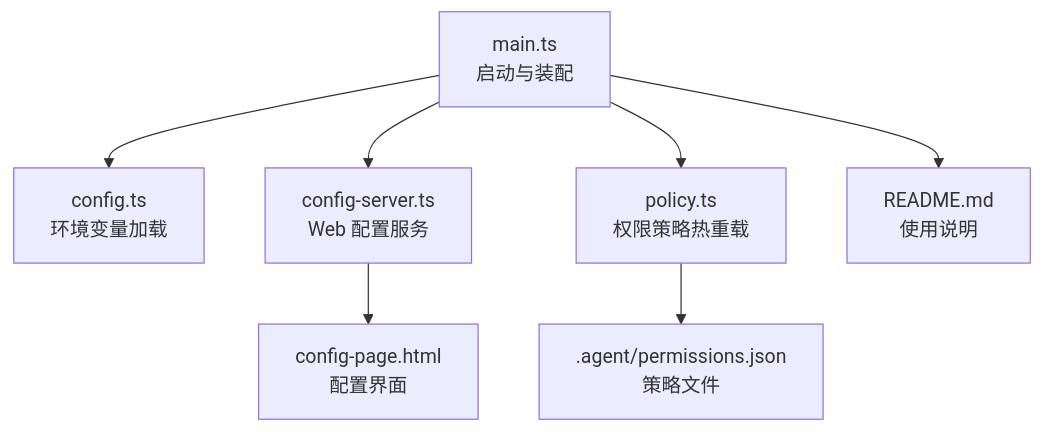
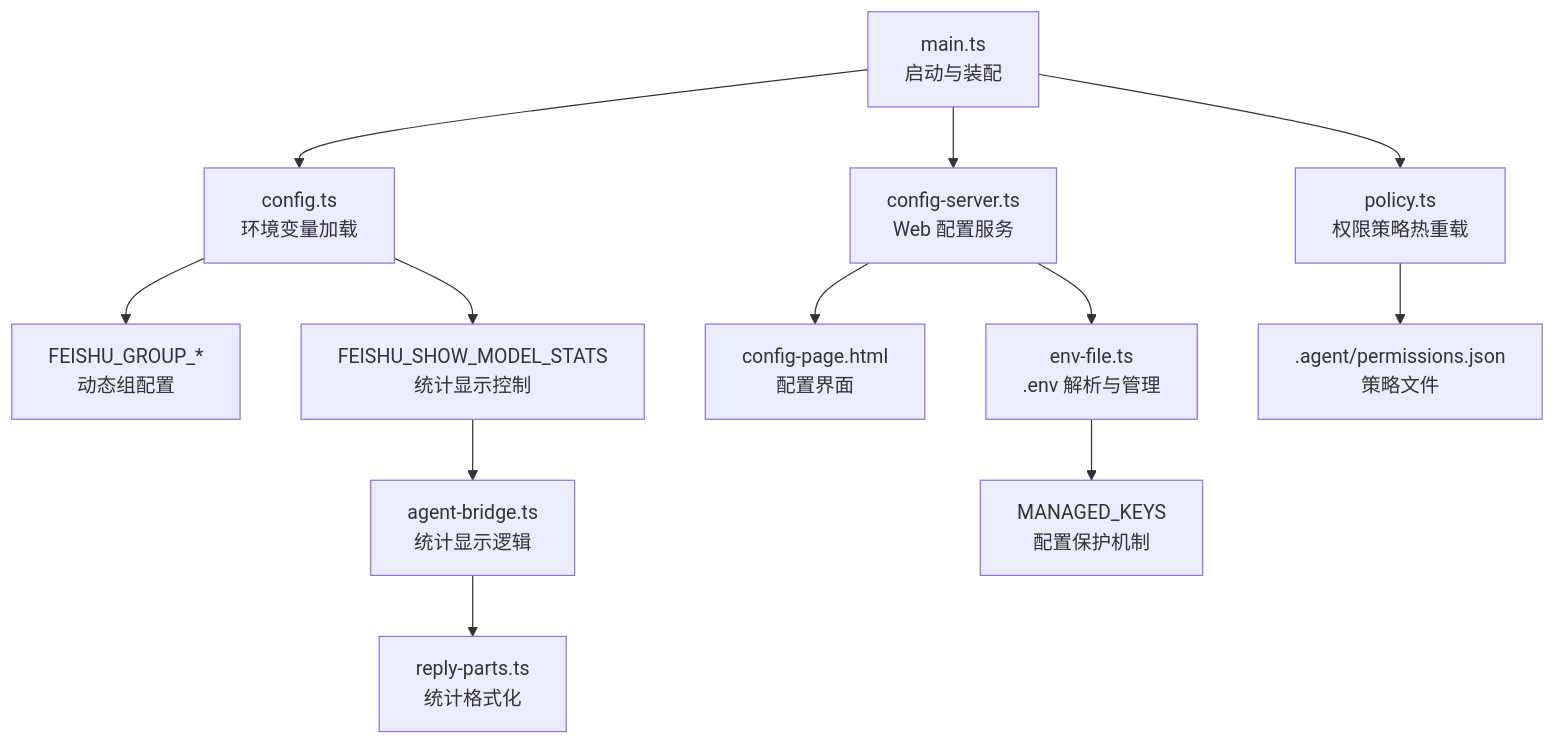
The first of 3 diagrams in .qoder/repowiki/zh/content/配置管理.md (HeXiaoShu520/feishu-pi), drawn with Mermaid before and after one commit. The commit also changed other lines of this file and 47 other files, not shown here.

````diff
--- a/.qoder/repowiki/zh/content/配置管理.md
+++ b/.qoder/repowiki/zh/content/配置管理.md
@@ -39,9 +56,14 @@
 ```mermaid
 graph TB
 A["main.ts<br/>启动与装配"] --> B["config.ts<br/>环境变量加载"]
 A --> C["config-server.ts<br/>Web 配置服务"]
 C --> D["config-page.html<br/>配置界面"]
 A --> E["policy.ts<br/>权限策略热重载"]
 E --> F[".agent/permissions.json<br/>策略文件"]
-A --> G["README.md<br/>使用说明"]
+B --> G["FEISHU_GROUP_*<br/>动态组配置"]
+C --> H["env-file.ts<br/>.env 解析与管理"]
+H --> I["MANAGED_KEYS<br/>配置保护机制"]
+B --> J["FEISHU_SHOW_MODEL_STATS<br/>统计显示控制"]
+J --> K["agent-bridge.ts<br/>统计显示逻辑"]
+K --> L["reply-parts.ts<br/>统计格式化"]
 ```
````
